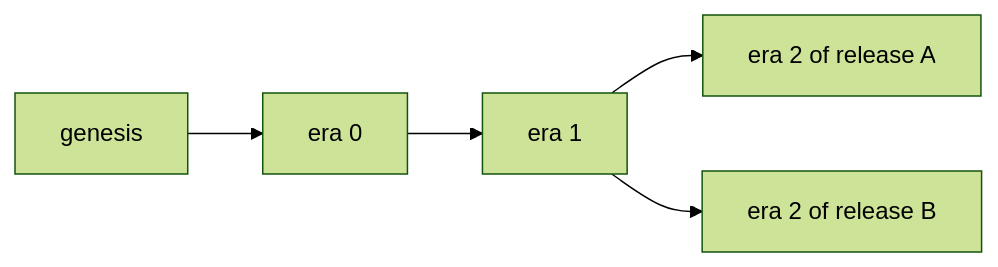
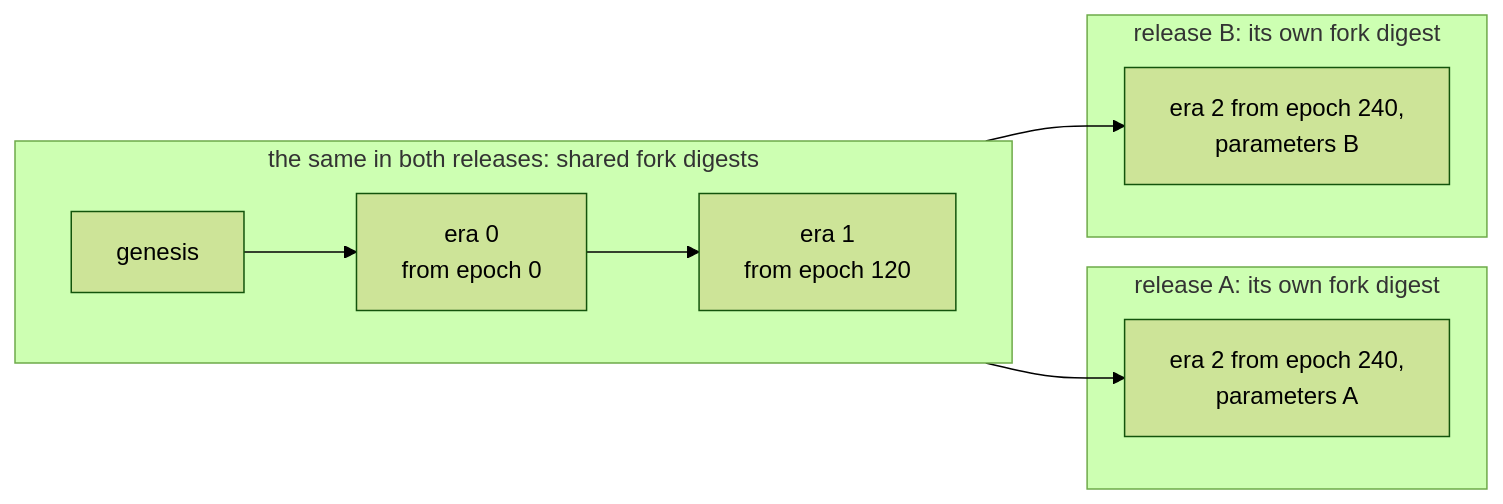
Before and after one commit to logos-co/logos-lips: the third of 4 diagrams in docs/blockchain/raw/bedrock-eras.md, drawn with Mermaid (forest theme). The commit also changed other lines of this file, not shown here.

Commit message:
docs(blockchain): redraw the era diagrams as a timeline, a sync example, a release split and the boundary flow

````diff
--- a/docs/blockchain/raw/bedrock-eras.md
+++ b/docs/blockchain/raw/bedrock-eras.md
@@ -65,6 +81,15 @@
 ```mermaid
-graph LR
-    g["genesis"] --> a0["era 0"] --> a1["era 1"]
-    a1 --> x["era 2 of release A"]
-    a1 --> y["era 2 of release B"]
+flowchart LR
+    subgraph both["the same in both releases: shared fork digests"]
+        direction LR
+        g["genesis"] --> e0["era 0<br/>from epoch 0"] --> e1["era 1<br/>from epoch 120"]
+    end
+    subgraph A["release A: its own fork digest"]
+        a2["era 2 from epoch 240,<br/>parameters A"]
+    end
+    subgraph B["release B: its own fork digest"]
+        b2["era 2 from epoch 240,<br/>parameters B"]
+    end
+    e1 --> a2
+    e1 --> b2
 ```
````
